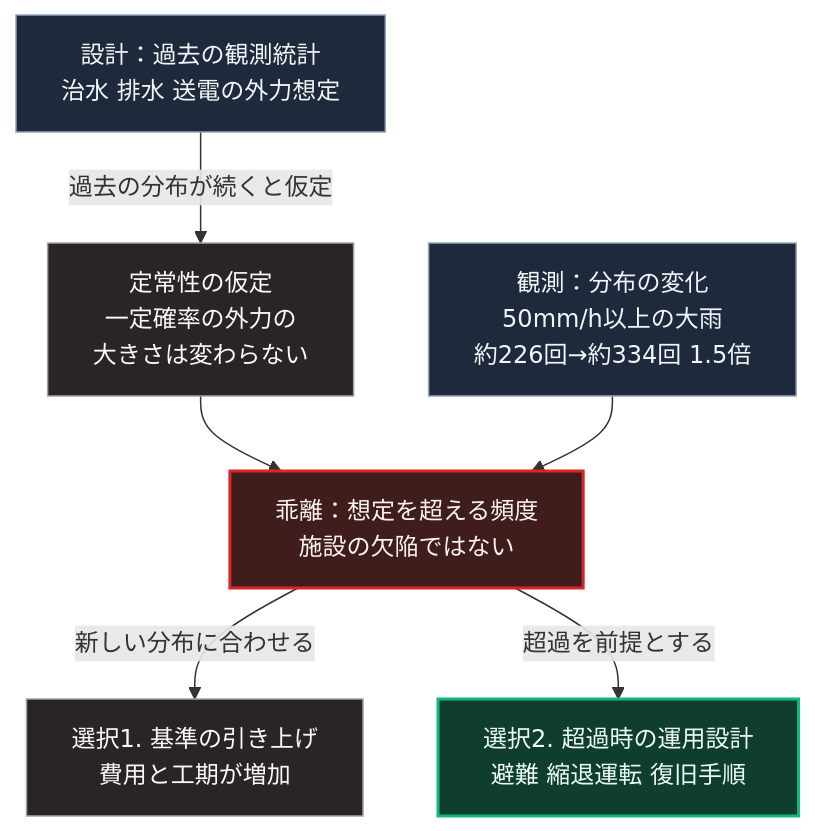
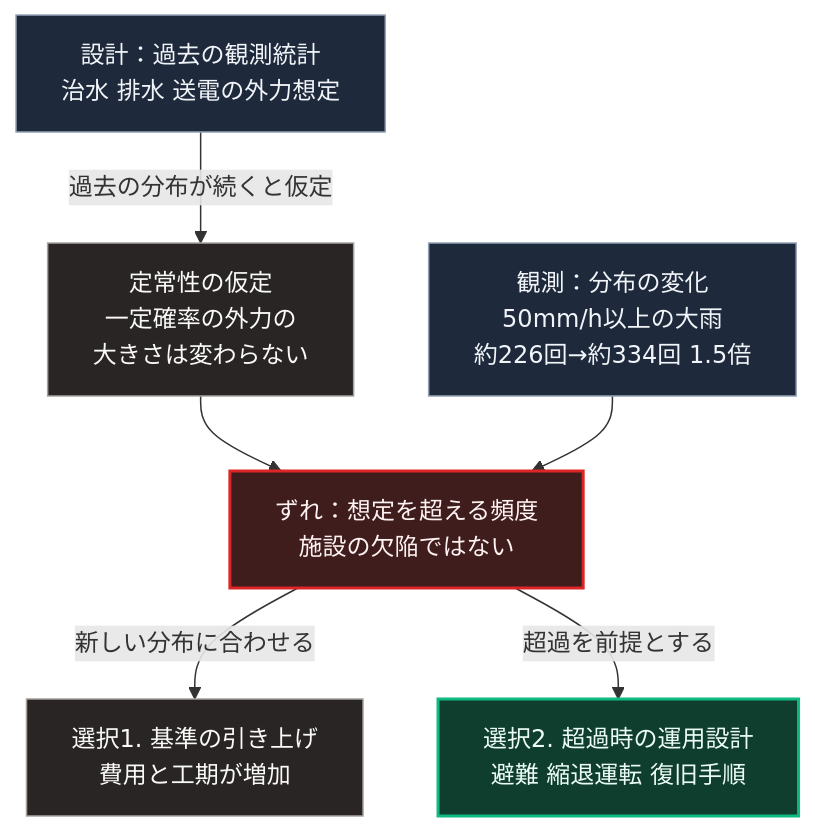
The diagram in books/sovereign-resilience-blueprint/27_climate-change-physical-catastrophe.md (Takenori-Kusaka/zenn-content), drawn with Mermaid before and after one commit. The commit also changed 15 other files, not shown here.

````diff
--- a/books/sovereign-resilience-blueprint/27_climate-change-physical-catastrophe.md
+++ b/books/sovereign-resilience-blueprint/27_climate-change-physical-catastrophe.md
@@ -57,17 +57,17 @@
 ```mermaid
 flowchart TD
     A[設計：過去の観測統計<br>治水 排水 送電の外力想定]
     A -->|過去の分布が続くと仮定| B[定常性の仮定<br>一定確率の外力の<br>大きさは変わらない]
     O[観測：分布の変化<br>50mm/h以上の大雨<br>約226回→約334回 1.5倍]
-    B --> C[乖離：想定を超える頻度<br>施設の欠陥ではない]
+    B --> C[ずれ：想定を超える頻度<br>施設の欠陥ではない]
     O --> C
     C -->|新しい分布に合わせる| D[選択1. 基準の引き上げ<br>費用と工期が増加]
     C -->|超過を前提とする| E[選択2. 超過時の運用設計<br>避難 縮退運転 復旧手順]
 
     style A fill:#1e293b,stroke:#94a3b8,color:#f1f5f9
     style B fill:#292524,stroke:#a8a29e,color:#fafaf9
     style O fill:#1e293b,stroke:#94a3b8,color:#f1f5f9
     style C fill:#3f1d1d,stroke:#dc2626,stroke-width:2px,color:#fef2f2
     style D fill:#292524,stroke:#a8a29e,color:#fafaf9
     style E fill:#0f3d2e,stroke:#10b981,stroke-width:2px,color:#ecfdf5
 ```
````
